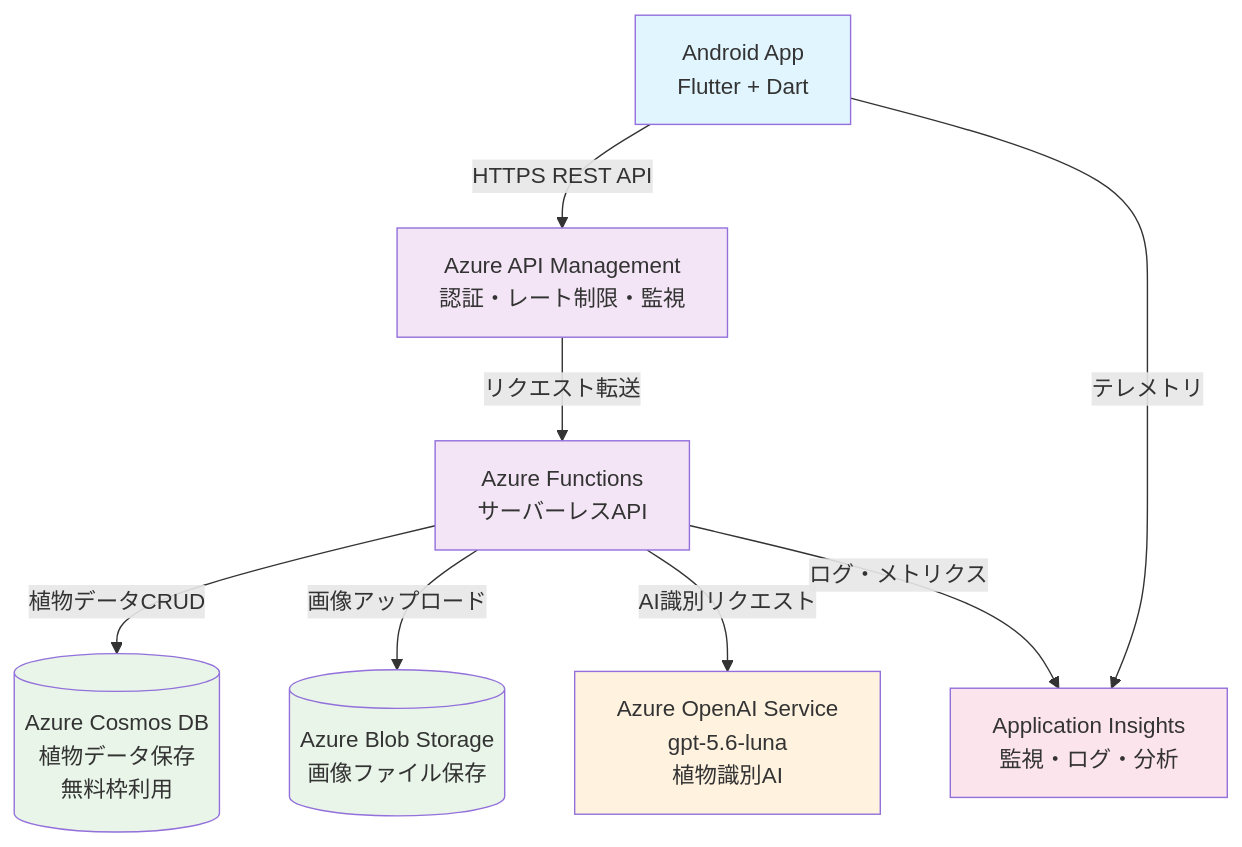
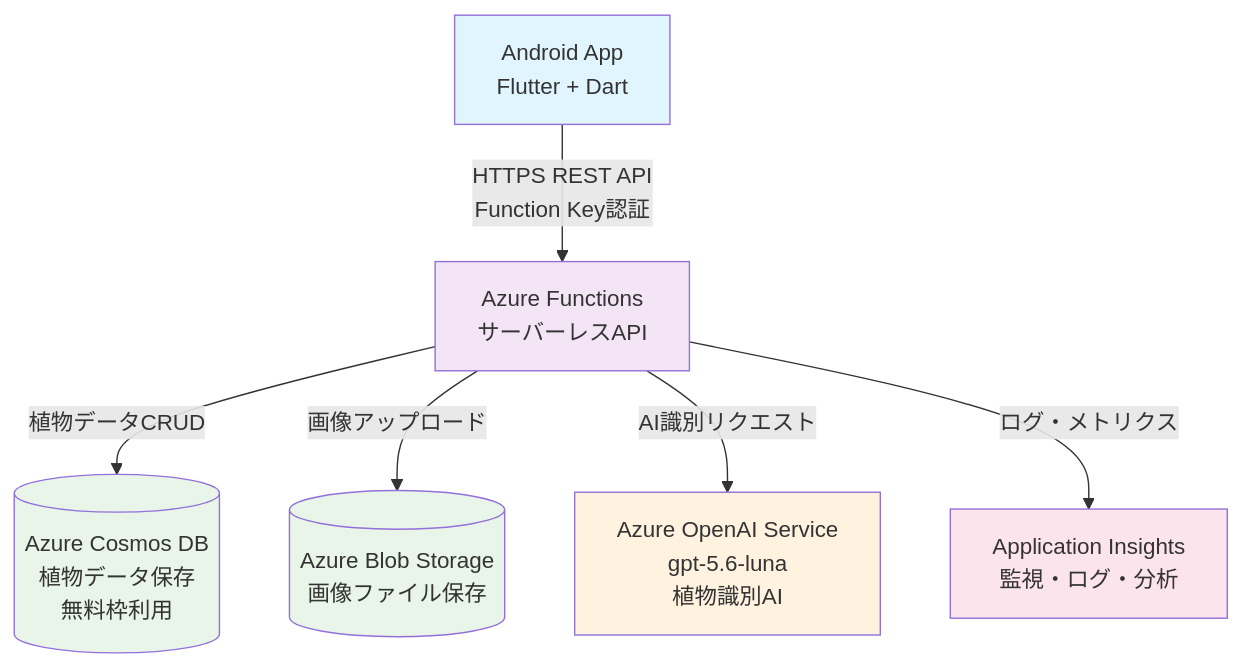
Before and after one commit to nmasashi/snaplant: the diagram in docs/05_technology_selection.md, drawn with Mermaid. The commit also changed other lines of this file and 12 other files, not shown here.

````diff
--- a/docs/05_technology_selection.md
+++ b/docs/05_technology_selection.md
@@ -9,45 +9,40 @@
 ```mermaid
 graph TB
     %% Frontend
     App[Android App<br/>Flutter + Dart]
-    
-    %% API Gateway
-    APIM[Azure API Management<br/>認証・レート制限・監視]
     
     %% Backend Services
     Functions[Azure Functions<br/>サーバーレスAPI]
     
     %% Data Storage
     CosmosDB[(Azure Cosmos DB<br/>植物データ保存<br/>無料枠利用)]
     BlobStorage[(Azure Blob Storage<br/>画像ファイル保存)]
     
     %% AI Services
     OpenAIVision[Azure OpenAI Service<br/>gpt-5.6-luna<br/>植物識別AI]
     
     %% Monitoring
     AppInsights[Application Insights<br/>監視・ログ・分析]
     
     %% Connections
-    App -->|HTTPS REST API| APIM
-    APIM -->|リクエスト転送| Functions
+    App -->|HTTPS REST API<br/>Function Key認証| Functions
     
     Functions -->|植物データCRUD| CosmosDB
     Functions -->|画像アップロード| BlobStorage
     Functions -->|AI識別リクエスト| OpenAIVision
     
     Functions -->|ログ・メトリクス| AppInsights
-    App -->|テレメトリ| AppInsights
     
     %% Styling
     classDef frontend fill:#e1f5fe
     classDef backend fill:#f3e5f5
     classDef storage fill:#e8f5e8
     classDef ai fill:#fff3e0
     classDef monitoring fill:#fce4ec
     
     class App frontend
-    class APIM,Functions backend
+    class Functions backend
     class CosmosDB,BlobStorage storage
     class OpenAIVision ai
     class AppInsights monitoring
 ```
````
